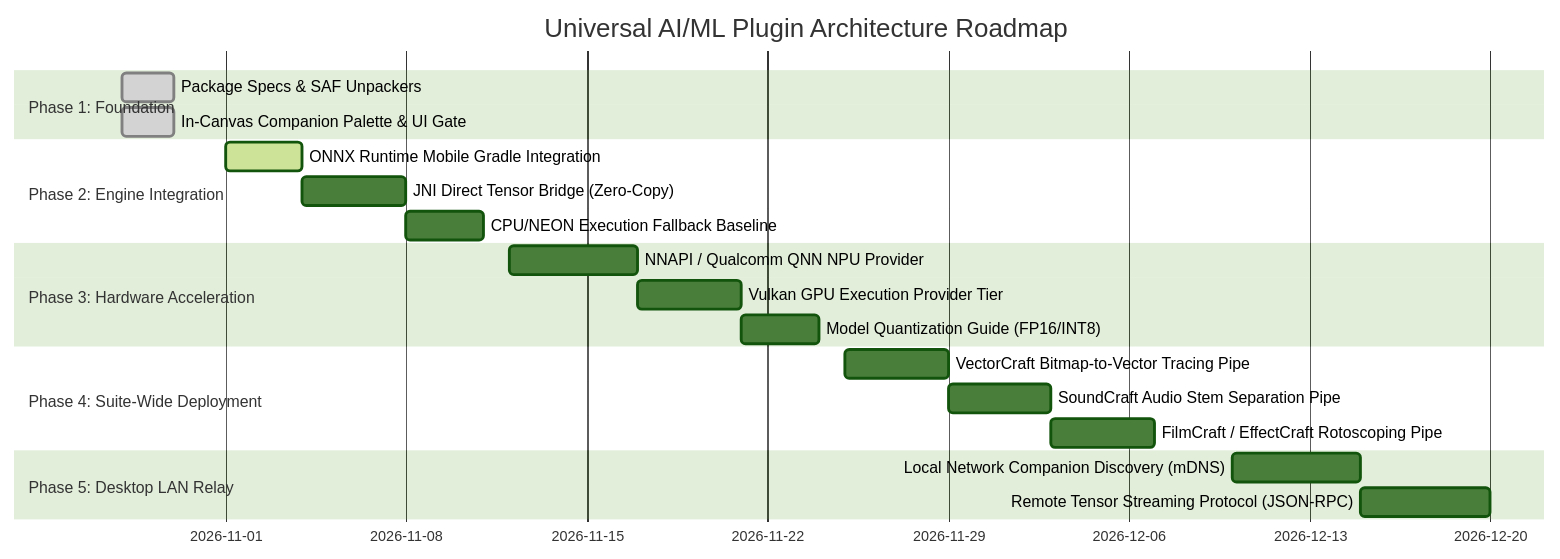
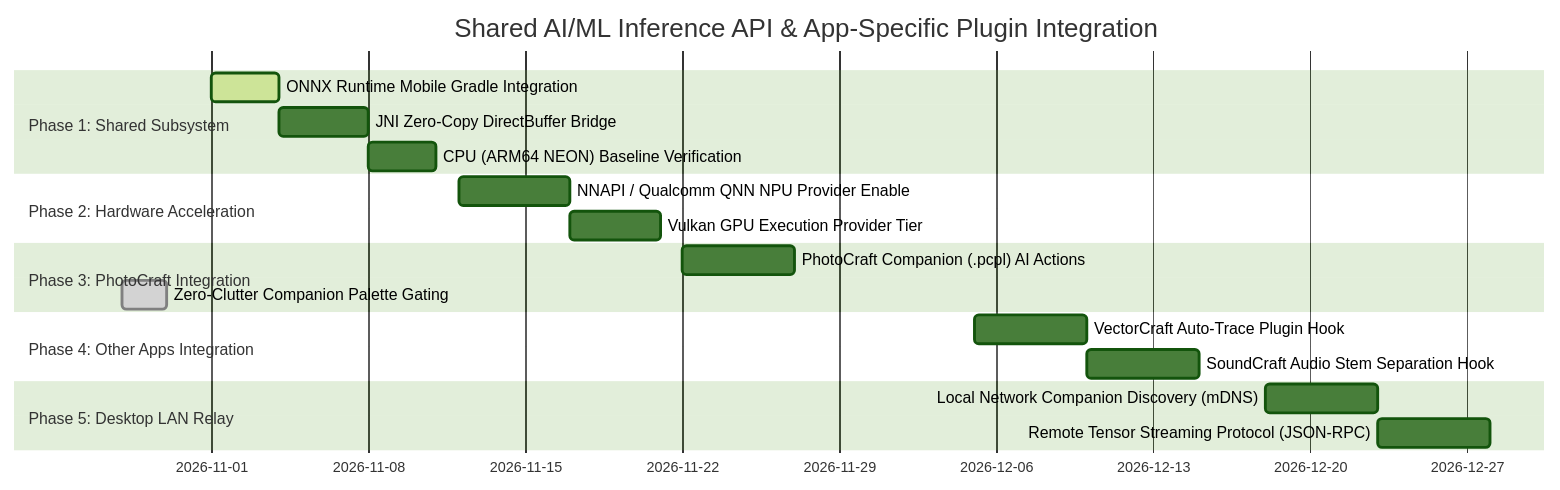
Before and after one commit to MostafaXS1/artcraft-android: the diagram in docs/universal-ai-plugin-engine-proposal.md, drawn with Mermaid (forest theme). The commit also changed other lines of this file, not shown here.

Commit message:
docs: restructure proposal for app-specific plugins with shared AI/ML inference API

````diff
--- a/docs/universal-ai-plugin-engine-proposal.md
+++ b/docs/universal-ai-plugin-engine-proposal.md
@@ -239,23 +215,21 @@
 ```mermaid
 gantt
-    title Universal AI/ML Plugin Architecture Roadmap
+    title Shared AI/ML Inference API & App-Specific Plugin Integration
     dateFormat  YYYY-MM-DD
-    section Phase 1: Foundation
-    Package Specs & SAF Unpackers              :done,    p1a, 2026-10-28, 2d
-    In-Canvas Companion Palette & UI Gate     :done,    p1b, 2026-10-28, 2d
-    section Phase 2: Engine Integration
-    ONNX Runtime Mobile Gradle Integration     :active,  p2a, 2026-11-01, 3d
-    JNI Direct Tensor Bridge (Zero-Copy)      :         p2b, after p2a, 4d
-    CPU/NEON Execution Fallback Baseline       :         p2c, after p2b, 3d
-    section Phase 3: Hardware Acceleration
-    NNAPI / Qualcomm QNN NPU Provider          :         p3a, 2026-11-12, 5d
-    Vulkan GPU Execution Provider Tier         :         p3b, after p3a, 4d
-    Model Quantization Guide (FP16/INT8)       :         p3c, after p3b, 3d
-    section Phase 4: Suite-Wide Deployment
-    VectorCraft Bitmap-to-Vector Tracing Pipe  :         p4a, 2026-11-25, 4d
-    SoundCraft Audio Stem Separation Pipe      :         p4b, after p4a, 4d
-    FilmCraft / EffectCraft Rotoscoping Pipe   :         p4c, after p4b, 4d
+    section Phase 1: Shared Subsystem
+    ONNX Runtime Mobile Gradle Integration     :active,  p1a, 2026-11-01, 3d
+    JNI Zero-Copy DirectBuffer Bridge         :         p1b, after p1a, 4d
+    CPU (ARM64 NEON) Baseline Verification     :         p1c, after p1b, 3d
+    section Phase 2: Hardware Acceleration
+    NNAPI / Qualcomm QNN NPU Provider Enable   :         p2a, 2026-11-12, 5d
+    Vulkan GPU Execution Provider Tier         :         p2b, after p2a, 4d
+    section Phase 3: PhotoCraft Integration
+    PhotoCraft Companion (.pcpl) AI Actions    :         p3a, 2026-11-22, 5d
+    Zero-Clutter Companion Palette Gating      :done,    p3b, 2026-10-28, 2d
+    section Phase 4: Other Apps Integration
+    VectorCraft Auto-Trace Plugin Hook        :         p4a, 2026-12-05, 5d
+    SoundCraft Audio Stem Separation Hook     :         p4b, after p4a, 5d
     section Phase 5: Desktop LAN Relay
-    Local Network Companion Discovery (mDNS)   :         p5a, 2026-12-10, 5d
+    Local Network Companion Discovery (mDNS)   :         p5a, 2026-12-18, 5d
     Remote Tensor Streaming Protocol (JSON-RPC):         p5b, after p5a, 5d
 ```
````
